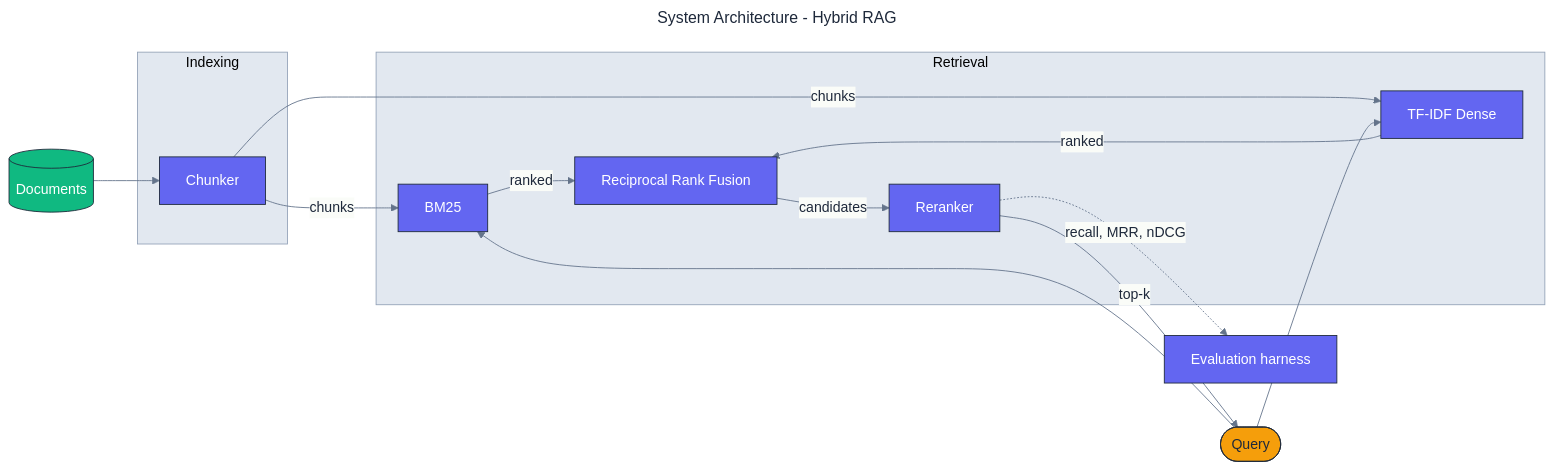
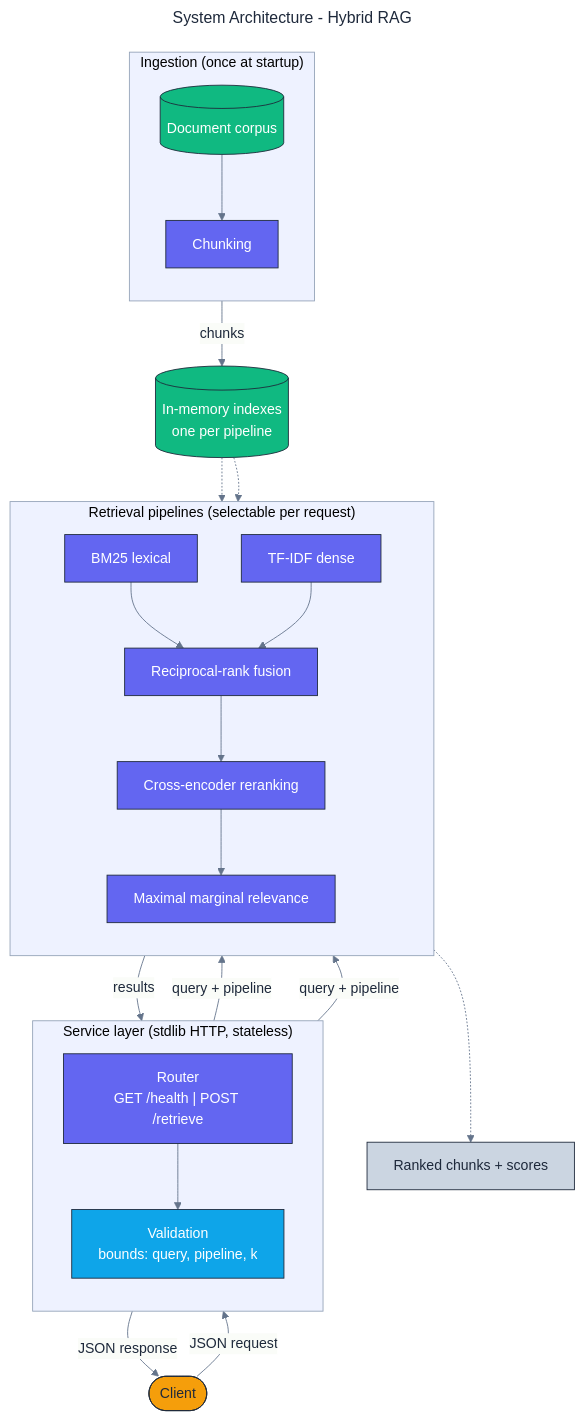
The diagram in docs/architecture/architecture.mmd (adeoluo/hybrid-rag), drawn with Mermaid before and after one commit. The commit also changed 9 other files, not shown here.

First line of the commit message:
feat: add HTTP service, stress benchmark, and operations documentation

```diff
--- a/docs/architecture/architecture.mmd
+++ b/docs/architecture/architecture.mmd
@@ -1,44 +1,57 @@
 ---
 title: System Architecture - Hybrid RAG
 config:
   theme: base
   themeVariables:
     fontFamily: "Inter, system-ui, sans-serif"
     primaryColor: "#F8FAFC"
     primaryBorderColor: "#1E293B"
     primaryTextColor: "#1E293B"
     lineColor: "#64748B"
-    clusterBkg: "#E2E8F0"
+    clusterBkg: "#EEF2FF"
     clusterBorder: "#94A3B8"
 ---
-flowchart LR
+flowchart TB
+    classDef edge     fill:#F59E0B,stroke:#1E293B,color:#1E293B,stroke-width:1px;
     classDef core     fill:#6366F1,stroke:#1E293B,color:#ffffff,stroke-width:1px;
     classDef data     fill:#10B981,stroke:#1E293B,color:#ffffff,stroke-width:1px;
-    classDef external fill:#F59E0B,stroke:#1E293B,color:#1E293B,stroke-width:1px;
+    classDef control  fill:#0EA5E9,stroke:#1E293B,color:#ffffff,stroke-width:1px;
+    classDef obs      fill:#CBD5E1,stroke:#1E293B,color:#1E293B,stroke-width:1px;
 
-    Docs[(Documents)]:::data
-    Query([Query]):::external
+    Client([Client]):::edge
 
-    subgraph Index["Indexing"]
-        Chunker[Chunker]:::core
+    subgraph Ingest["Ingestion (once at startup)"]
+        direction TB
+        Docs[(Document corpus)]:::data
+        Chunk[Chunking]:::core
     end
 
-    subgraph Retrieval["Retrieval"]
-        BM25[BM25]:::core
-        Dense[TF-IDF Dense]:::core
-        Fusion[Reciprocal Rank Fusion]:::core
-        Rerank[Reranker]:::core
+    subgraph Edge["Service layer (stdlib HTTP, stateless)"]
+        direction TB
+        Router["Router<br/>GET /health | POST /retrieve"]:::core
+        Validate["Validation<br/>bounds: query, pipeline, k"]:::control
     end
 
-    Eval[Evaluation harness]:::core
+    subgraph Retrieve["Retrieval pipelines (selectable per request)"]
+        direction TB
+        BM25[BM25 lexical]:::core
+        Dense[TF-IDF dense]:::core
+        Fusion["Reciprocal-rank fusion"]:::core
+        Rerank["Cross-encoder reranking"]:::core
+        MMR["Maximal marginal relevance"]:::core
+    end
 
-    Docs --> Chunker
-    Chunker -->|chunks| BM25
-    Chunker -->|chunks| Dense
-    Query --> BM25
-    Query --> Dense
-    BM25 -->|ranked| Fusion
-    Dense -->|ranked| Fusion
-    Fusion -->|candidates| Rerank
-    Rerank -->|top-k| Query
-    Rerank -.->|recall, MRR, nDCG| Eval
+    Index[(In-memory indexes<br/>one per pipeline)]:::data
+    Scores["Ranked chunks + scores"]:::obs
+
+    Docs --> Chunk -->|chunks| Index
+    Client -->|JSON request| Router --> Validate
+    Validate -->|query + pipeline| BM25
+    Validate -->|query + pipeline| Dense
+    BM25 --> Fusion
+    Dense --> Fusion
+    Fusion --> Rerank --> MMR
+    Index -.-> BM25
+    Index -.-> Dense
+    MMR -->|results| Router -->|JSON response| Client
+    Rerank -.-> Scores
```
